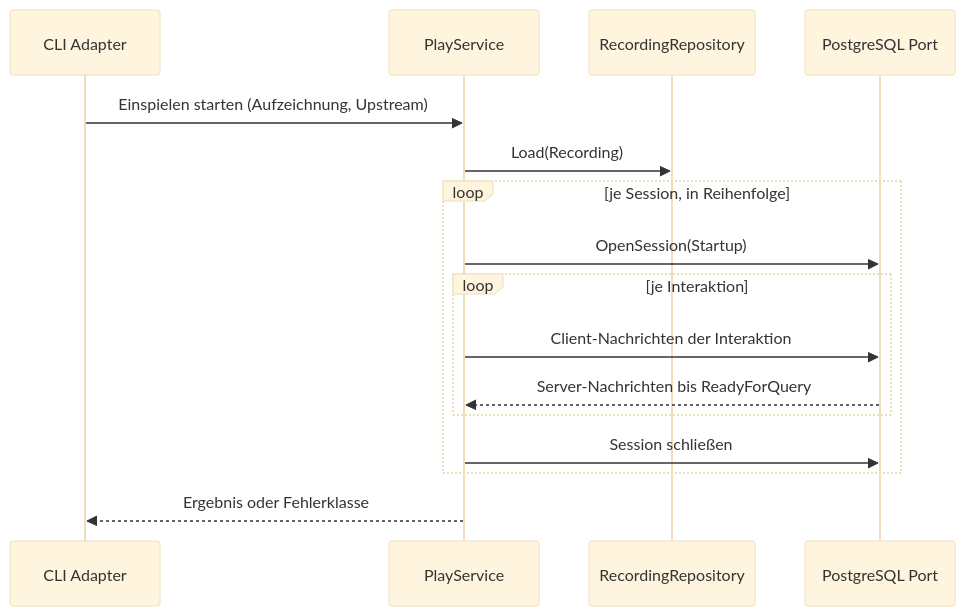
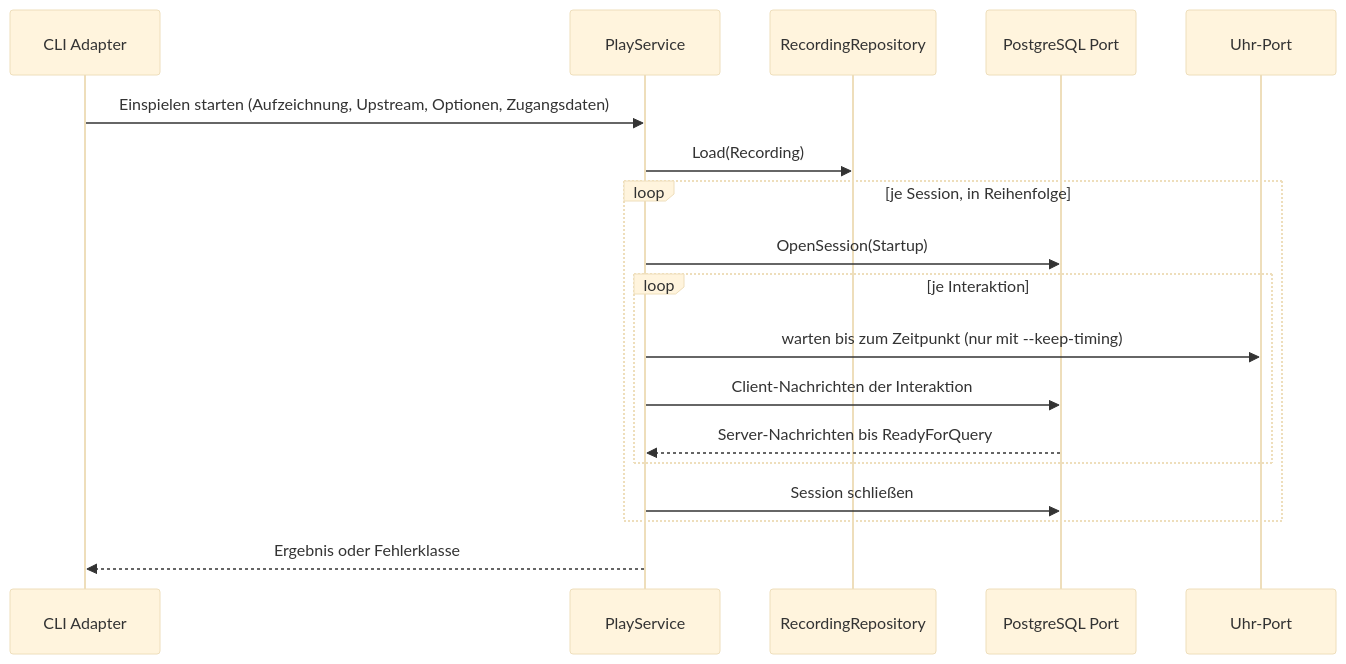
Before and after one commit to pt9912/pgwire-recorder: the fourth of 8 diagrams in spec/architecture.md, drawn with Mermaid (base theme). The commit also changed other lines of this file and 1 other file, not shown here.

Commit message:
Spezifikation und Architektur: Review-Findings zu Optionen, Konfiguration, SQLite (LH-FA-17, LH-FA-20, LH-FA-22)
Fehlercodes PGR-E2004 bis E2006 und Fehlerklassen beim Einspielen; Zeitmodell
je Modus; Session-Ids beim Schreiben (LH-FA-12.a); SQLite-Schreibweg
(LH-FA-22.a) und SPEC-043; Port RecordingRepository, ARC-015 und Uhr im
Diagramm.

````diff
--- a/spec/architecture.md
+++ b/spec/architecture.md
@@ -326,18 +327,20 @@
 ```mermaid
 sequenceDiagram
     participant CLI as CLI Adapter
     participant Play as PlayService
     participant Repo as RecordingRepository
     participant PG as PostgreSQL Port
-    CLI->>Play: Einspielen starten (Aufzeichnung, Upstream)
+    participant Clock as Uhr-Port
+    CLI->>Play: Einspielen starten (Aufzeichnung, Upstream, Optionen, Zugangsdaten)
     Play->>Repo: Load(Recording)
     loop je Session, in Reihenfolge
         Play->>PG: OpenSession(Startup)
         loop je Interaktion
+            Play->>Clock: warten bis zum Zeitpunkt (nur mit --keep-timing)
             Play->>PG: Client-Nachrichten der Interaktion
             PG-->>Play: Server-Nachrichten bis ReadyForQuery
         end
         Play->>PG: Session schließen
     end
     Play-->>CLI: Ergebnis oder Fehlerklasse
 ```
````
